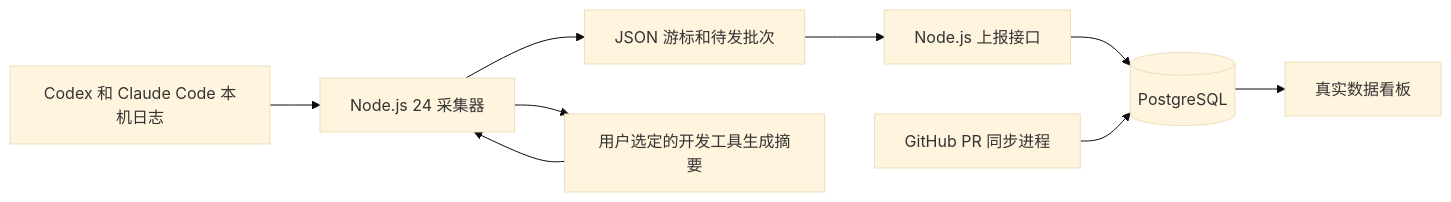
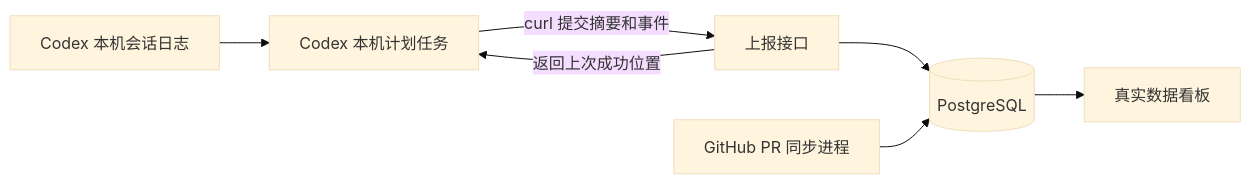
One commit to jiawei-wang-backup/project-pulse changed the diagram in 技术方案.md. Above: the diagram before and after it, drawn with Mermaid (base theme). The commit also changed other lines of this file and 12 other files, not shown here.

````diff
--- a/技术方案.md
+++ b/技术方案.md
@@ -9,11 +9,9 @@
 ```mermaid
 flowchart LR
-  A[Codex 和 Claude Code 本机日志] --> B[Node.js 24 采集器]
-  B --> C[JSON 游标和待发批次]
-  B --> D[用户选定的开发工具生成摘要]
-  D --> B
-  C --> E[Node.js 上报接口]
+  A[Codex 本机会话日志] --> B[Codex 本机计划任务]
+  B -->|curl 提交摘要和事件| E[上报接口]
+  E -->|返回上次成功位置| B
   E --> F[(PostgreSQL)]
   G[GitHub PR 同步进程] --> F
   F --> H[真实数据看板]
 ```
````
